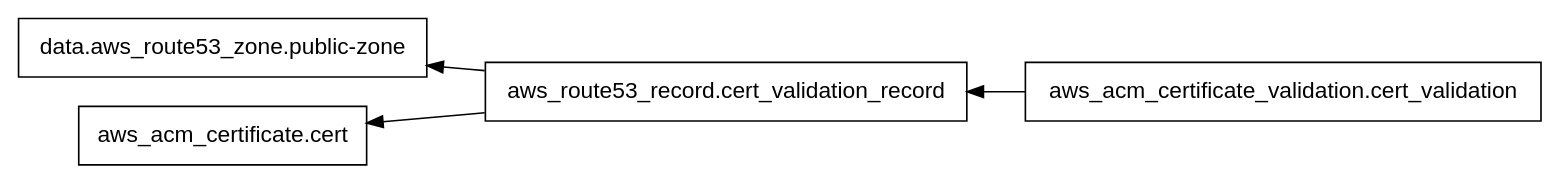
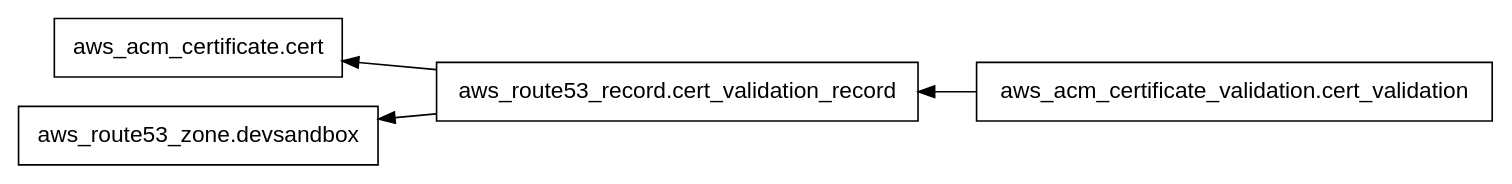
Before and after one commit to arsalanshaikh13/https-three-tier-architecture-aws-in-module-terraform: the diagram in terraform/permissions/acm/graph/graph-apply.dot, drawn with Graphviz. The commit also changed 16 other files, not shown here.

Commit message:
created version with route53 hosted zone creation check module/permissions/acm_route53

```diff
--- a/terraform/permissions/acm/graph/graph-apply.dot
+++ b/terraform/permissions/acm/graph/graph-apply.dot
@@ -1,11 +1,11 @@
 digraph G {
   rankdir = "RL";
   node [shape = rect, fontname = "sans-serif"];
-  "data.aws_route53_zone.public-zone" [label="data.aws_route53_zone.public-zone"];
   "aws_acm_certificate.cert" [label="aws_acm_certificate.cert"];
   "aws_acm_certificate_validation.cert_validation" [label="aws_acm_certificate_validation.cert_validation"];
   "aws_route53_record.cert_validation_record" [label="aws_route53_record.cert_validation_record"];
+  "aws_route53_zone.devsandbox" [label="aws_route53_zone.devsandbox"];
   "aws_acm_certificate_validation.cert_validation" -> "aws_route53_record.cert_validation_record";
-  "aws_route53_record.cert_validation_record" -> "data.aws_route53_zone.public-zone";
   "aws_route53_record.cert_validation_record" -> "aws_acm_certificate.cert";
+  "aws_route53_record.cert_validation_record" -> "aws_route53_zone.devsandbox";
 }
```
